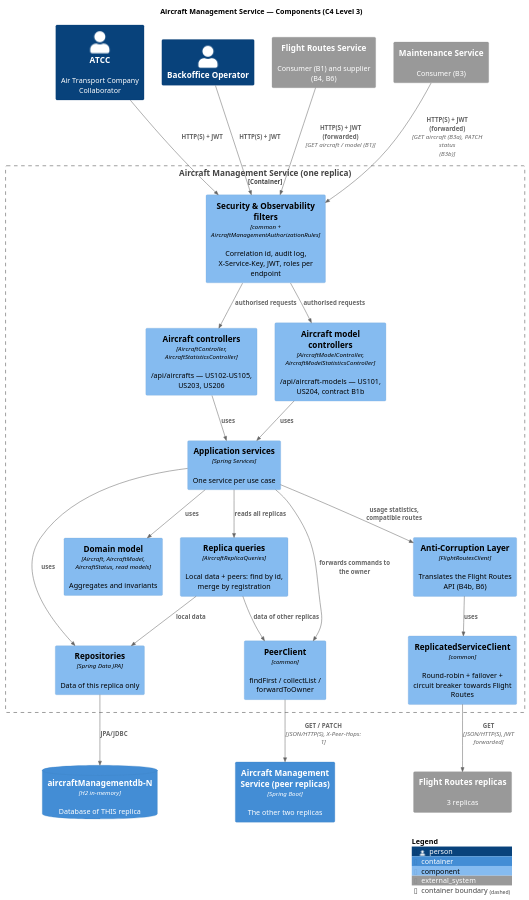
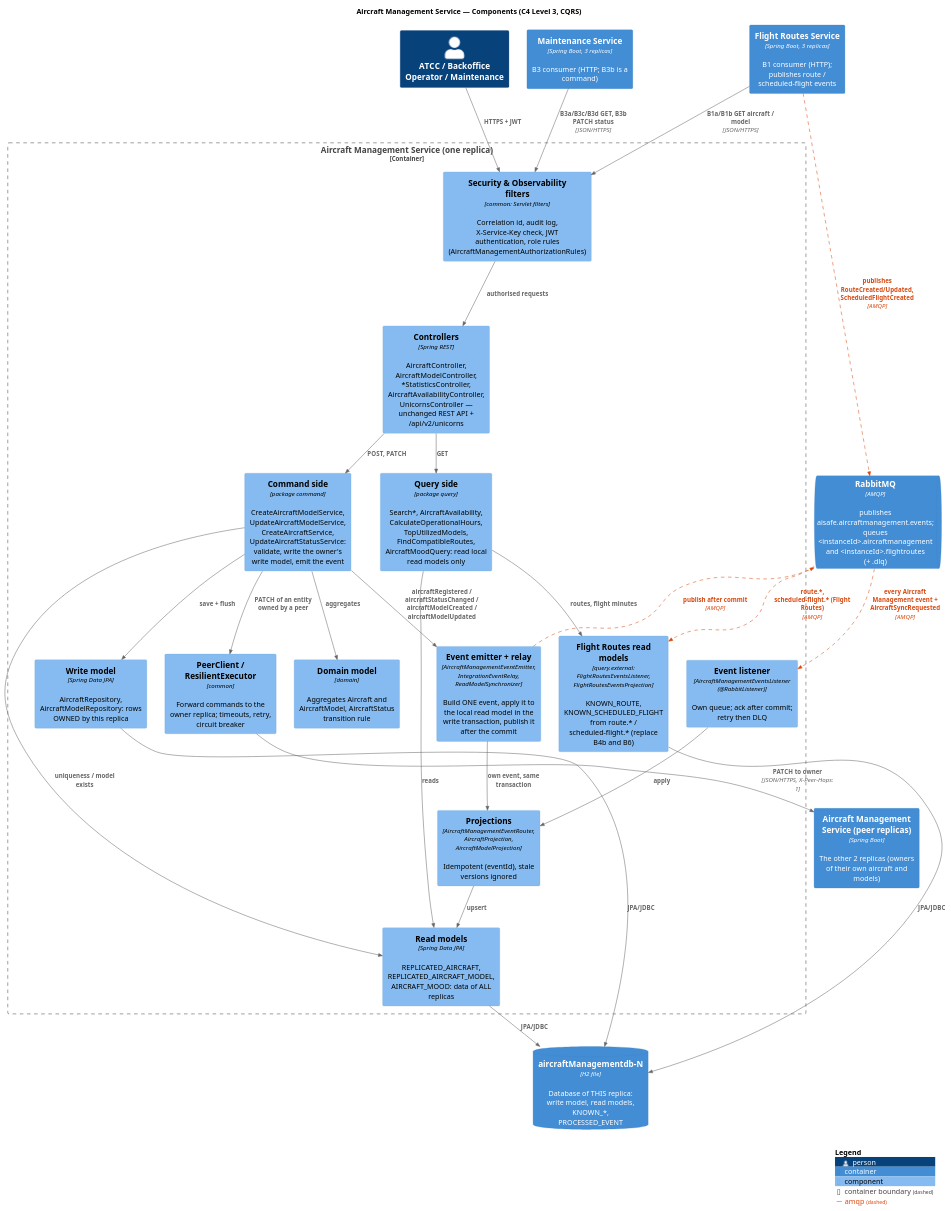
One commit to caetanotiago/Project_SIDIS changed the diagram in docs/3-components/aircraftmanagement/puml/C4-L3-AircraftManagement-Components.puml. Above: the diagram before and after it, drawn with PlantUML. The commit also changed 146 other files, not shown here.

Commit message:
Aircraft Management: Assignment 2 (CQRS, eventos RabbitMQ, read models, /api/v2/unicorns)

```diff
--- a/docs/3-components/aircraftmanagement/puml/C4-L3-AircraftManagement-Components.puml
+++ b/docs/3-components/aircraftmanagement/puml/C4-L3-AircraftManagement-Components.puml
@@ -1,50 +1,59 @@
 @startuml C4-L3-AircraftManagement-Components
 !include <C4/C4_Component>
 LAYOUT_TOP_DOWN()
-title Aircraft Management Service — Components (C4 Level 3)
+title Aircraft Management Service — Components (C4 Level 3, CQRS)
 
-Person(atcc, "ATCC", "Air Transport Company Collaborator")
-Person(bo, "Backoffice Operator")
-System_Ext(fr, "Flight Routes Service", "Consumer (B1) and supplier (B4, B6)")
-System_Ext(mt, "Maintenance Service", "Consumer (B3)")
+AddRelTag("amqp", $lineColor="#d9480f", $textColor="#d9480f", $lineStyle=DashedLine())
 
-Container(peer, "Aircraft Management Service (peer replicas)", "Spring Boot", "The other two replicas")
-ContainerDb(db, "aircraftManagementdb-N", "H2 in-memory", "Database of THIS replica")
+Person(users, "ATCC / Backoffice Operator / Maintenance")
+Container(peer, "Aircraft Management Service (peer replicas)", "Spring Boot", "The other 2 replicas (owners of their own aircraft and models)")
+Container(fr, "Flight Routes Service", "Spring Boot, 3 replicas", "B1 consumer (HTTP); publishes route / scheduled-flight events")
+Container(mt, "Maintenance Service", "Spring Boot, 3 replicas", "B3 consumer (HTTP; B3b is a command)")
+ContainerQueue(mq, "RabbitMQ", "AMQP", "publishes aisafe.aircraftmanagement.events; queues <instanceId>.aircraftmanagement and <instanceId>.flightroutes (+ .dlq)")
+ContainerDb(db, "aircraftManagementdb-N", "H2 file", "Database of THIS replica: write model, read models, KNOWN_*, PROCESSED_EVENT")
 
-Container_Boundary(svc, "Aircraft Management Service (one replica)") {
-    Component(sec, "Security & Observability filters", "common + AircraftManagementAuthorizationRules", "Correlation id, audit log, X-Service-Key, JWT, roles per endpoint")
-    Component(ctrlA, "Aircraft controllers", "AircraftController, AircraftStatisticsController", "/api/aircrafts — US102–US105, US203, US206")
-    Component(ctrlM, "Aircraft model controllers", "AircraftModelController, AircraftModelStatisticsController", "/api/aircraft-models — US101, US204, contract B1b")
-    Component(app, "Application services", "Spring Services", "One service per use case")
-    Component(rq, "Replica queries", "AircraftReplicaQueries", "Local data + peers: find by id, merge by registration")
-    Component(domain, "Domain model", "Aircraft, AircraftModel, AircraftStatus, read models", "Aggregates and invariants")
-    Component(repos, "Repositories", "Spring Data JPA", "Data of this replica only")
-    Component(acl, "Anti-Corruption Layer", "FlightRoutesClient", "Translates the Flight Routes API (B4b, B6)")
-    Component(peerClient, "PeerClient", "common", "findFirst / collectList / forwardToOwner")
-    Component(rsc, "ReplicatedServiceClient", "common", "Round-robin + failover + circuit breaker towards Flight Routes")
+Container_Boundary(am, "Aircraft Management Service (one replica)") {
+    Component(sec, "Security & Observability filters", "common: Servlet filters", "Correlation id, audit log, X-Service-Key check, JWT authentication, role rules (AircraftManagementAuthorizationRules)")
+    Component(ctrl, "Controllers", "Spring REST", "AircraftController, AircraftModelController, *StatisticsController, AircraftAvailabilityController, UnicornsController — unchanged REST API + /api/v2/unicorns")
+
+    Component(cmd, "Command side", "package command", "CreateAircraftModelService, UpdateAircraftModelService, CreateAircraftService, UpdateAircraftStatusService: validate, write the owner's write model, emit the event")
+    Component(emitter, "Event emitter + relay", "AircraftManagementEventEmitter, IntegrationEventRelay, ReadModelSynchronizer", "Build ONE event, apply it to the local read model in the write transaction, publish it after the commit")
+    Component(writeRepo, "Write model", "Spring Data JPA", "AircraftRepository, AircraftModelRepository: rows OWNED by this replica")
+
+    Component(qry, "Query side", "package query", "Search*, AircraftAvailability, CalculateOperationalHours, TopUtilizedModels, FindCompatibleRoutes, AircraftMoodQuery: read local read models only")
+    Component(proj, "Projections", "AircraftManagementEventRouter, AircraftProjection, AircraftModelProjection", "Idempotent (eventId), stale versions ignored")
+    Component(readRepo, "Read models", "Spring Data JPA", "REPLICATED_AIRCRAFT, REPLICATED_AIRCRAFT_MODEL, AIRCRAFT_MOOD: data of ALL replicas")
+    Component(listener, "Event listener", "AircraftManagementEventsListener (@RabbitListener)", "Own queue; ack after commit; retry then DLQ")
+
+    Component(ext, "Flight Routes read models", "query.external: FlightRoutesEventsListener, FlightRoutesEventsProjection", "KNOWN_ROUTE, KNOWN_SCHEDULED_FLIGHT from route.* / scheduled-flight.* (replace B4b and B6)")
+    Component(domain, "Domain model", "domain", "Aggregates Aircraft and AircraftModel, AircraftStatus transition rule")
+    Component(peerClient, "PeerClient / ResilientExecutor", "common", "Forward commands to the owner replica; timeouts, retry, circuit breaker")
 }
 
-System_Ext(frReplicas, "Flight Routes replicas", "3 replicas")
-
-Rel(atcc, sec, "HTTP(S) + JWT")
-Rel(bo, sec, "HTTP(S) + JWT")
-Rel(fr, sec, "HTTP(S) + JWT (forwarded)", "GET aircraft / model (B1)")
-Rel(mt, sec, "HTTP(S) + JWT (forwarded)", "GET aircraft (B3a), PATCH status (B3b)")
-Rel(sec, ctrlA, "authorised requests")
-Rel(sec, ctrlM, "authorised requests")
-Rel(ctrlA, app, "uses")
-Rel(ctrlM, app, "uses")
-Rel(app, domain, "uses")
-Rel(app, rq, "reads all replicas")
-Rel(app, repos, "uses")
-Rel(rq, repos, "local data")
-Rel(rq, peerClient, "data of other replicas")
-Rel(app, peerClient, "forwards commands to the owner")
-Rel(app, acl, "usage statistics, compatible routes")
-Rel(repos, db, "JPA/JDBC")
-Rel(peerClient, peer, "GET / PATCH", "JSON/HTTP(S), X-Peer-Hops: 1")
-Rel(acl, rsc, "uses")
-Rel(rsc, frReplicas, "GET", "JSON/HTTP(S), JWT forwarded")
+Rel(users, sec, "HTTPS + JWT")
+Rel(fr, sec, "B1a/B1b GET aircraft / model", "JSON/HTTPS")
+Rel(mt, sec, "B3a/B3c/B3d GET, B3b PATCH status", "JSON/HTTPS")
+Rel(sec, ctrl, "authorised requests")
+Rel(ctrl, cmd, "POST, PATCH")
+Rel(ctrl, qry, "GET")
+Rel(cmd, domain, "aggregates")
+Rel(cmd, writeRepo, "save + flush")
+Rel(cmd, readRepo, "uniqueness / model exists")
+Rel(cmd, peerClient, "PATCH of an entity owned by a peer")
+Rel(cmd, emitter, "aircraftRegistered / aircraftStatusChanged / aircraftModelCreated / aircraftModelUpdated")
+Rel(emitter, proj, "own event, same transaction")
+Rel(emitter, mq, "publish after commit", "AMQP", $tags="amqp")
+Rel(mq, listener, "every Aircraft Management event + AircraftSyncRequested", "AMQP", $tags="amqp")
+Rel(mq, ext, "route.*, scheduled-flight.* (Flight Routes)", "AMQP", $tags="amqp")
+Rel(fr, mq, "publishes RouteCreated/Updated, ScheduledFlightCreated", "AMQP", $tags="amqp")
+Rel(listener, proj, "apply")
+Rel(proj, readRepo, "upsert")
+Rel(qry, readRepo, "reads")
+Rel(qry, ext, "routes, flight minutes")
+Rel(writeRepo, db, "JPA/JDBC")
+Rel(readRepo, db, "JPA/JDBC")
+Rel(ext, db, "JPA/JDBC")
+Rel(peerClient, peer, "PATCH to owner", "JSON/HTTPS, X-Peer-Hops: 1")
 
 SHOW_LEGEND()
 @enduml
```
